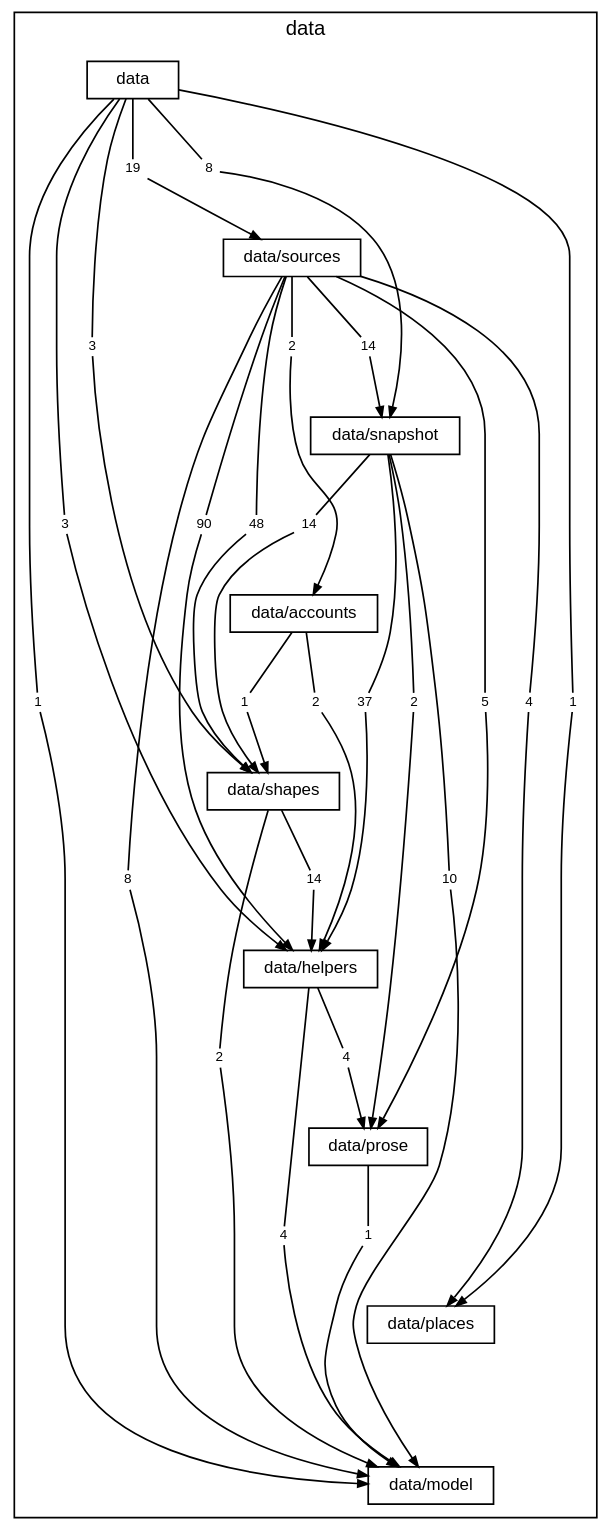
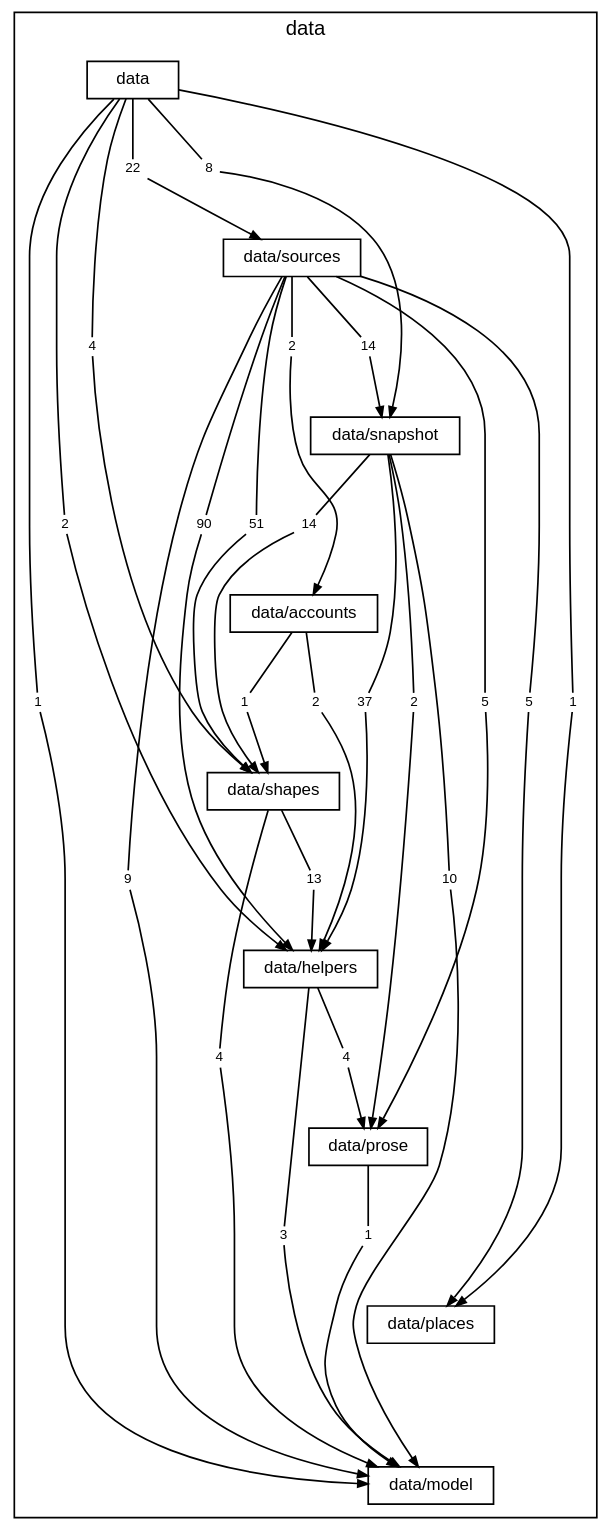
One commit to TheAxeC/oculus changed the diagram in docs/diagrams/layer-data.dot. Above: the diagram before and after it, drawn with Graphviz. The commit also changed 472 other files, not shown here.

```diff
--- a/docs/diagrams/layer-data.dot
+++ b/docs/diagrams/layer-data.dot
@@ -1,97 +1,97 @@
 digraph layer_data {
     graph [bgcolor="transparent", rankdir=TB, newrank=true, mclimit=4, fontname="Helvetica", fontsize=12, nodesep=0.2, ranksep=0.5];
     node [shape=box, color="black", fontcolor="black", fontname="Helvetica", fontsize=10, height=0.3, margin="0.12,0.04"];
     edge [color="black", fontcolor="black", fontname="Helvetica", fontsize=8, arrowsize=0.6];
     subgraph "cluster_data" {
         label="data"; style=solid;
         "folder data" [label="data"];
         "folder data/sources" [label="data/sources"];
         "folder data/snapshot" [label="data/snapshot"];
         "folder data/accounts" [label="data/accounts"];
         "folder data/shapes" [label="data/shapes"];
         "folder data/helpers" [label="data/helpers"];
         "folder data/prose" [label="data/prose"];
         "folder data/places" [label="data/places"];
         "folder data/model" [label="data/model"];
-        "folder data to folder data/helpers" [label="3", shape=box, color="transparent", fontsize=8, width=0, height=0, margin="0.04,0.02"];
+        "folder data to folder data/helpers" [label="2", shape=box, color="transparent", fontsize=8, width=0, height=0, margin="0.04,0.02"];
         "folder data to folder data/model" [label="1", shape=box, color="transparent", fontsize=8, width=0, height=0, margin="0.04,0.02"];
         "folder data to folder data/places" [label="1", shape=box, color="transparent", fontsize=8, width=0, height=0, margin="0.04,0.02"];
-        "folder data to folder data/shapes" [label="3", shape=box, color="transparent", fontsize=8, width=0, height=0, margin="0.04,0.02"];
+        "folder data to folder data/shapes" [label="4", shape=box, color="transparent", fontsize=8, width=0, height=0, margin="0.04,0.02"];
         "folder data to folder data/snapshot" [label="8", shape=box, color="transparent", fontsize=8, width=0, height=0, margin="0.04,0.02"];
-        "folder data to folder data/sources" [label="19", shape=box, color="transparent", fontsize=8, width=0, height=0, margin="0.04,0.02"];
+        "folder data to folder data/sources" [label="22", shape=box, color="transparent", fontsize=8, width=0, height=0, margin="0.04,0.02"];
         "folder data/sources to folder data/accounts" [label="2", shape=box, color="transparent", fontsize=8, width=0, height=0, margin="0.04,0.02"];
         "folder data/sources to folder data/helpers" [label="90", shape=box, color="transparent", fontsize=8, width=0, height=0, margin="0.04,0.02"];
-        "folder data/sources to folder data/model" [label="8", shape=box, color="transparent", fontsize=8, width=0, height=0, margin="0.04,0.02"];
-        "folder data/sources to folder data/places" [label="4", shape=box, color="transparent", fontsize=8, width=0, height=0, margin="0.04,0.02"];
+        "folder data/sources to folder data/model" [label="9", shape=box, color="transparent", fontsize=8, width=0, height=0, margin="0.04,0.02"];
+        "folder data/sources to folder data/places" [label="5", shape=box, color="transparent", fontsize=8, width=0, height=0, margin="0.04,0.02"];
         "folder data/sources to folder data/prose" [label="5", shape=box, color="transparent", fontsize=8, width=0, height=0, margin="0.04,0.02"];
-        "folder data/sources to folder data/shapes" [label="48", shape=box, color="transparent", fontsize=8, width=0, height=0, margin="0.04,0.02"];
+        "folder data/sources to folder data/shapes" [label="51", shape=box, color="transparent", fontsize=8, width=0, height=0, margin="0.04,0.02"];
         "folder data/sources to folder data/snapshot" [label="14", shape=box, color="transparent", fontsize=8, width=0, height=0, margin="0.04,0.02"];
         "folder data/snapshot to folder data/helpers" [label="37", shape=box, color="transparent", fontsize=8, width=0, height=0, margin="0.04,0.02"];
         "folder data/snapshot to folder data/model" [label="10", shape=box, color="transparent", fontsize=8, width=0, height=0, margin="0.04,0.02"];
         "folder data/snapshot to folder data/prose" [label="2", shape=box, color="transparent", fontsize=8, width=0, height=0, margin="0.04,0.02"];
         "folder data/snapshot to folder data/shapes" [label="14", shape=box, color="transparent", fontsize=8, width=0, height=0, margin="0.04,0.02"];
         "folder data/accounts to folder data/helpers" [label="2", shape=box, color="transparent", fontsize=8, width=0, height=0, margin="0.04,0.02"];
         "folder data/accounts to folder data/shapes" [label="1", shape=box, color="transparent", fontsize=8, width=0, height=0, margin="0.04,0.02"];
-        "folder data/shapes to folder data/helpers" [label="14", shape=box, color="transparent", fontsize=8, width=0, height=0, margin="0.04,0.02"];
-        "folder data/shapes to folder data/model" [label="2", shape=box, color="transparent", fontsize=8, width=0, height=0, margin="0.04,0.02"];
-        "folder data/helpers to folder data/model" [label="4", shape=box, color="transparent", fontsize=8, width=0, height=0, margin="0.04,0.02"];
+        "folder data/shapes to folder data/helpers" [label="13", shape=box, color="transparent", fontsize=8, width=0, height=0, margin="0.04,0.02"];
+        "folder data/shapes to folder data/model" [label="4", shape=box, color="transparent", fontsize=8, width=0, height=0, margin="0.04,0.02"];
+        "folder data/helpers to folder data/model" [label="3", shape=box, color="transparent", fontsize=8, width=0, height=0, margin="0.04,0.02"];
         "folder data/helpers to folder data/prose" [label="4", shape=box, color="transparent", fontsize=8, width=0, height=0, margin="0.04,0.02"];
         "folder data/prose to folder data/model" [label="1", shape=box, color="transparent", fontsize=8, width=0, height=0, margin="0.04,0.02"];
     }
     "folder data" -> "folder data/sources" [style=invis, weight=10, minlen=2];
     "folder data/sources" -> "folder data/snapshot" [style=invis, weight=10, minlen=2];
     "folder data/snapshot" -> "folder data/accounts" [style=invis, weight=10, minlen=2];
     "folder data/accounts" -> "folder data/shapes" [style=invis, weight=10, minlen=2];
     "folder data/shapes" -> "folder data/helpers" [style=invis, weight=10, minlen=2];
     "folder data/helpers" -> "folder data/prose" [style=invis, weight=10, minlen=2];
     "folder data/prose" -> "folder data/places" [style=invis, weight=10, minlen=2];
     "folder data/places" -> "folder data/model" [style=invis, weight=10, minlen=2];
     "folder data" -> "folder data to folder data/helpers" [arrowhead=none, minlen=5, weight=10];
     "folder data to folder data/helpers" -> "folder data/helpers" [];
     "folder data" -> "folder data to folder data/model" [arrowhead=none, minlen=7, weight=10];
     "folder data to folder data/model" -> "folder data/model" [];
     "folder data" -> "folder data to folder data/places" [arrowhead=none, minlen=7, weight=10];
     "folder data to folder data/places" -> "folder data/places" [];
     "folder data" -> "folder data to folder data/shapes" [arrowhead=none, minlen=3, weight=10];
     "folder data to folder data/shapes" -> "folder data/shapes" [];
     "folder data" -> "folder data to folder data/snapshot" [arrowhead=none, minlen=1, weight=10];
     "folder data to folder data/snapshot" -> "folder data/snapshot" [];
     "folder data" -> "folder data to folder data/sources" [arrowhead=none, minlen=1, weight=10];
     "folder data to folder data/sources" -> "folder data/sources" [];
     "folder data/sources" -> "folder data/sources to folder data/accounts" [arrowhead=none, minlen=1, weight=10];
     "folder data/sources to folder data/accounts" -> "folder data/accounts" [];
     "folder data/sources" -> "folder data/sources to folder data/helpers" [arrowhead=none, minlen=3, weight=10];
     "folder data/sources to folder data/helpers" -> "folder data/helpers" [];
     "folder data/sources" -> "folder data/sources to folder data/model" [arrowhead=none, minlen=7, weight=10];
     "folder data/sources to folder data/model" -> "folder data/model" [];
     "folder data/sources" -> "folder data/sources to folder data/places" [arrowhead=none, minlen=5, weight=10];
     "folder data/sources to folder data/places" -> "folder data/places" [];
     "folder data/sources" -> "folder data/sources to folder data/prose" [arrowhead=none, minlen=5, weight=10];
     "folder data/sources to folder data/prose" -> "folder data/prose" [];
     "folder data/sources" -> "folder data/sources to folder data/shapes" [arrowhead=none, minlen=3, weight=10];
     "folder data/sources to folder data/shapes" -> "folder data/shapes" [];
     "folder data/sources" -> "folder data/sources to folder data/snapshot" [arrowhead=none, minlen=1, weight=10];
     "folder data/sources to folder data/snapshot" -> "folder data/snapshot" [];
     "folder data/snapshot" -> "folder data/snapshot to folder data/helpers" [arrowhead=none, minlen=3, weight=10];
     "folder data/snapshot to folder data/helpers" -> "folder data/helpers" [];
     "folder data/snapshot" -> "folder data/snapshot to folder data/model" [arrowhead=none, minlen=5, weight=10];
     "folder data/snapshot to folder data/model" -> "folder data/model" [];
     "folder data/snapshot" -> "folder data/snapshot to folder data/prose" [arrowhead=none, minlen=3, weight=10];
     "folder data/snapshot to folder data/prose" -> "folder data/prose" [];
     "folder data/snapshot" -> "folder data/snapshot to folder data/shapes" [arrowhead=none, minlen=1, weight=10];
     "folder data/snapshot to folder data/shapes" -> "folder data/shapes" [];
     "folder data/accounts" -> "folder data/accounts to folder data/helpers" [arrowhead=none, minlen=1, weight=10];
     "folder data/accounts to folder data/helpers" -> "folder data/helpers" [];
     "folder data/accounts" -> "folder data/accounts to folder data/shapes" [arrowhead=none, minlen=1, weight=10];
     "folder data/accounts to folder data/shapes" -> "folder data/shapes" [];
     "folder data/shapes" -> "folder data/shapes to folder data/helpers" [arrowhead=none, minlen=1, weight=10];
     "folder data/shapes to folder data/helpers" -> "folder data/helpers" [];
     "folder data/shapes" -> "folder data/shapes to folder data/model" [arrowhead=none, minlen=3, weight=10];
     "folder data/shapes to folder data/model" -> "folder data/model" [];
     "folder data/helpers" -> "folder data/helpers to folder data/model" [arrowhead=none, minlen=3, weight=10];
     "folder data/helpers to folder data/model" -> "folder data/model" [];
     "folder data/helpers" -> "folder data/helpers to folder data/prose" [arrowhead=none, minlen=1, weight=10];
     "folder data/helpers to folder data/prose" -> "folder data/prose" [];
     "folder data/prose" -> "folder data/prose to folder data/model" [arrowhead=none, minlen=1, weight=10];
     "folder data/prose to folder data/model" -> "folder data/model" [];
 }
```
